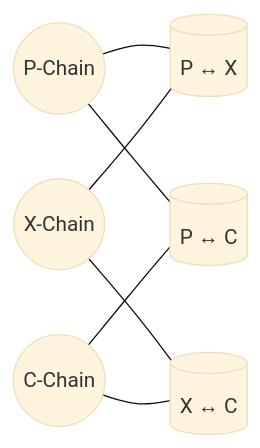
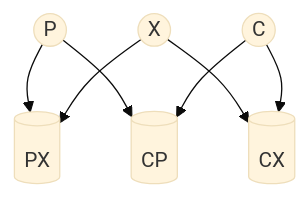
One commit to ava-labs/avalanchego changed the second of 5 diagrams in vms/saevm/cchain/README.md. Above: the diagram before and after it, drawn with Mermaid (base theme).

````diff
--- a/vms/saevm/cchain/README.md
+++ b/vms/saevm/cchain/README.md
@@ -63,17 +63,17 @@
 ```mermaid
-flowchart LR
-    P((P-Chain))
-    X((X-Chain))
-    C((C-Chain))
+flowchart TB
+    P((P))
+    X((X))
+    C((C))
 
-    px[("P ↔ X")]
-    pc[("P ↔ C")]
-    xc[("X ↔ C")]
+    PX[("PX")]
+    CP[("CP")]
+    CX[("CX")]
 
-    P --- px
-    X --- px
-    P --- pc
-    C --- pc
-    X --- xc
-    C --- xc
+    P --> PX
+    X --> PX
+    P --> CP
+    C --> CP
+    X --> CX
+    C --> CX
 ```
````
